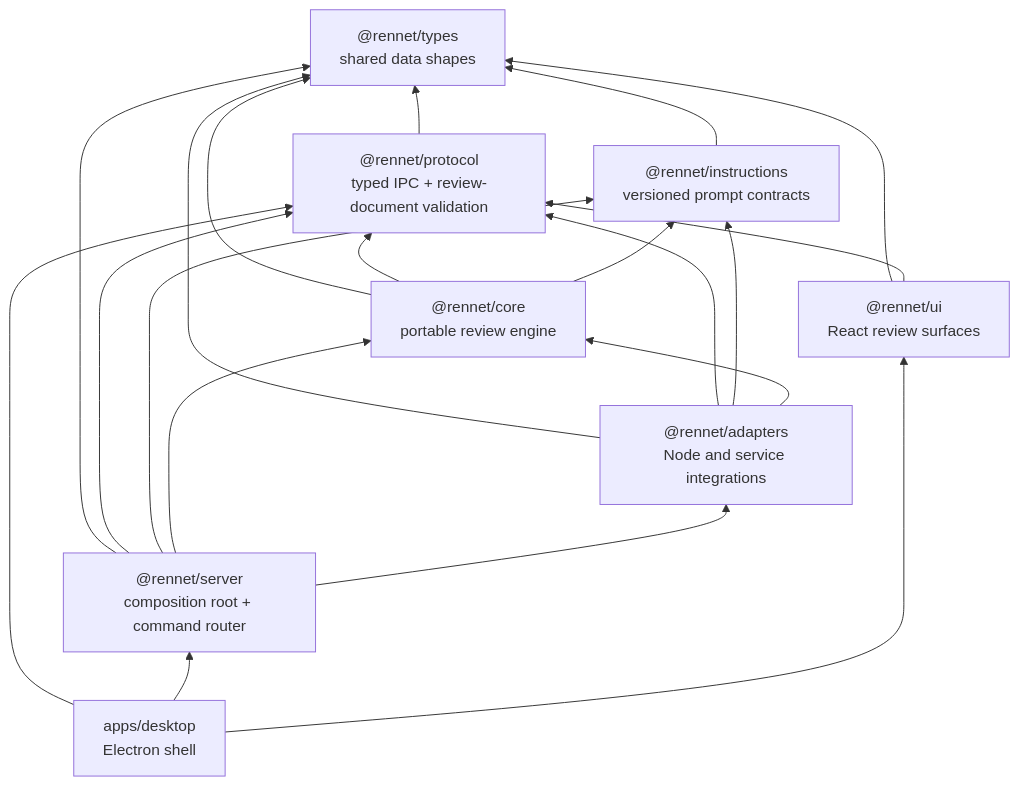
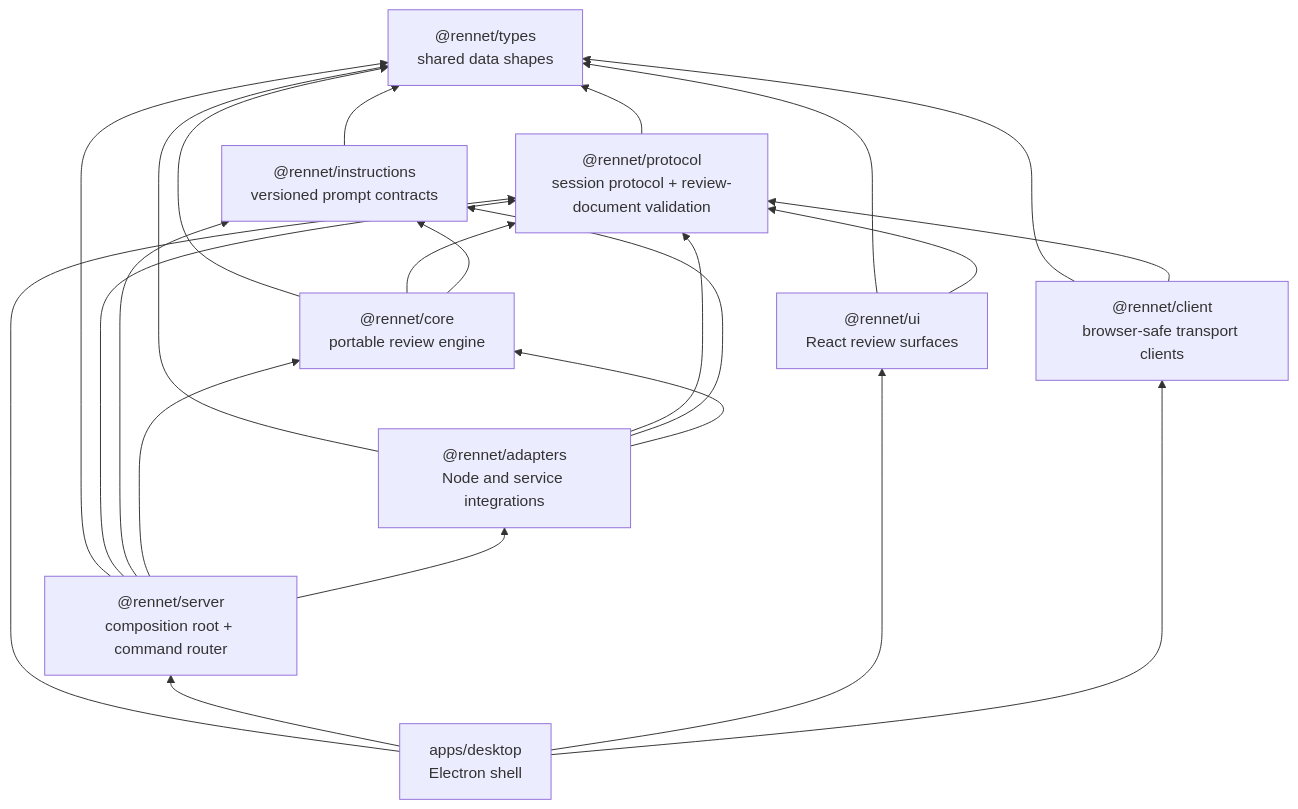
Before and after one commit to rbutera/Rennet: the second of 5 diagrams in docs/src/content/docs/developing/concepts/architecture-overview.md, drawn with Mermaid. The commit also changed other lines of this file and 24 other files, not shown here.

````diff
--- a/docs/src/content/docs/developing/concepts/architecture-overview.md
+++ b/docs/src/content/docs/developing/concepts/architecture-overview.md
@@ -57,31 +63,35 @@
 ```mermaid
 flowchart BT
   types["@rennet/types<br/>shared data shapes"]
-  protocol["@rennet/protocol<br/>typed IPC + review-document validation"]
+  protocol["@rennet/protocol<br/>session protocol + review-document validation"]
   instructions["@rennet/instructions<br/>versioned prompt contracts"]
   core["@rennet/core<br/>portable review engine"]
   adapters["@rennet/adapters<br/>Node and service integrations"]
   server["@rennet/server<br/>composition root + command router"]
   ui["@rennet/ui<br/>React review surfaces"]
+  client["@rennet/client<br/>browser-safe transport clients"]
   desktop["apps/desktop<br/>Electron shell"]
 
   protocol --> types
   instructions --> types
   core --> types
   core --> protocol
   core --> instructions
   adapters --> types
   adapters --> protocol
   adapters --> instructions
   adapters --> core
   server --> types
   server --> protocol
   server --> instructions
   server --> core
   server --> adapters
   ui --> types
   ui --> protocol
+  client --> types
+  client --> protocol
   desktop --> protocol
   desktop --> server
   desktop --> ui
+  desktop --> client
 ```
````
